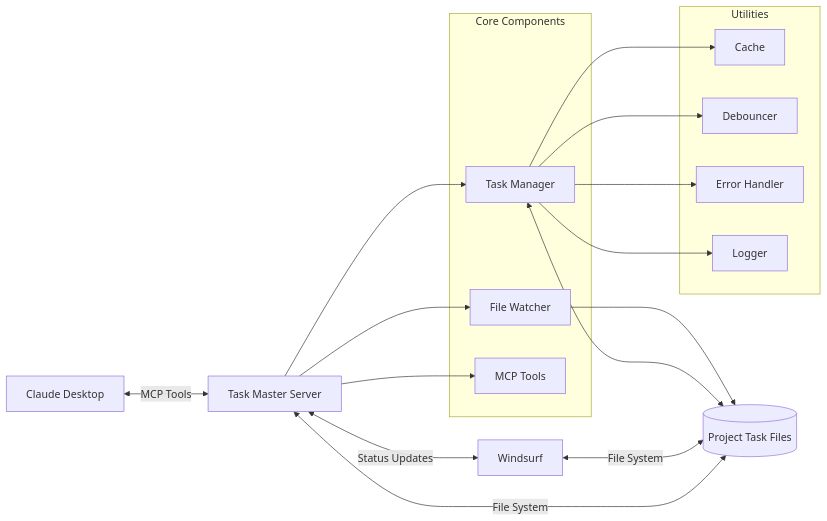
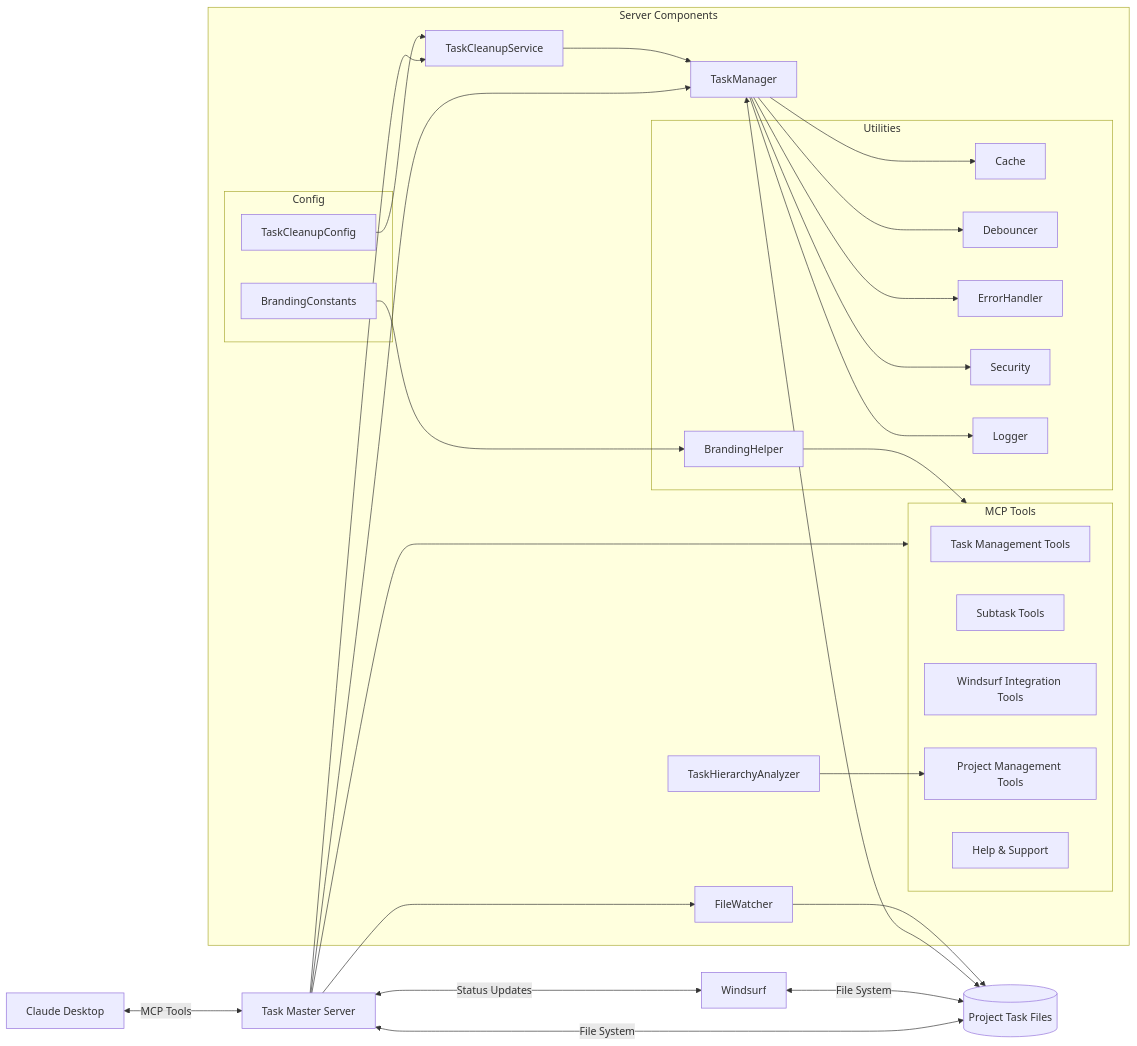
One commit to htooayelwinict/windsurf-task-master changed the second of 5 diagrams in README.md. Above: the diagram before and after it, drawn with Mermaid. The commit also changed other lines of this file and 57 other files, not shown here.

````diff
--- a/README.md
+++ b/README.md
@@ -84,30 +152,56 @@
 ```mermaid
 flowchart LR
-    Claude[Claude Desktop] <-->|MCP Tools| Server[Task Master Server]
-    Server <-->|File System| TaskFiles[(Project Task Files)]
-    Windsurf[Windsurf] <-->|File System| TaskFiles
-    Server <-->|Status Updates| Windsurf
+    Claude[Claude Desktop] <--> |MCP Tools| Server[Task Master Server]
+    Server <--> |File System| TaskFiles[(Project Task Files)]
+    Windsurf[Windsurf] <--> |File System| TaskFiles
+    Server <--> |Status Updates| Windsurf
     
-    subgraph "Core Components"
-        TaskManager[Task Manager]
-        FileWatcher[File Watcher]
-        Tools[MCP Tools]
-    end
-    
-    subgraph "Utilities"
-        Cache[Cache]
-        Debouncer[Debouncer]
-        ErrorHandler[Error Handler]
-        Logger[Logger]
+    subgraph ServerComponents[Server Components]
+        TaskManager
+        FileWatcher
+        TaskCleanupService
+        TaskHierarchyAnalyzer
+        
+        subgraph MCPTools[MCP Tools]
+            TaskMgmtTools[Task Management Tools]
+            SubtaskTools[Subtask Tools]
+            WindsurfTools[Windsurf Integration Tools]
+            ProjectTools[Project Management Tools]
+            SupportTools[Help & Support]  
+        end
+        
+        subgraph Utilities
+            Cache
+            Debouncer
+            ErrorHandler
+            Security
+            Logger
+            BrandingHelper
+        end
+        
+        subgraph Config
+            BrandingConstants
+            TaskCleanupConfig
+        end
     end
     
     Server --> TaskManager
     Server --> FileWatcher
-    Server --> Tools
+    Server --> TaskCleanupService
+    Server --> MCPTools
+    
     TaskManager <--> TaskFiles
     FileWatcher --> TaskFiles
+    TaskCleanupService --> TaskManager
+    TaskHierarchyAnalyzer --> ProjectTools
+    
     TaskManager --> Cache
     TaskManager --> Debouncer
+    TaskManager --> Security
     TaskManager --> ErrorHandler
     TaskManager --> Logger
+    
+    BrandingConstants --> BrandingHelper
+    BrandingHelper --> MCPTools
+    TaskCleanupConfig --> TaskCleanupService
 ```
````
